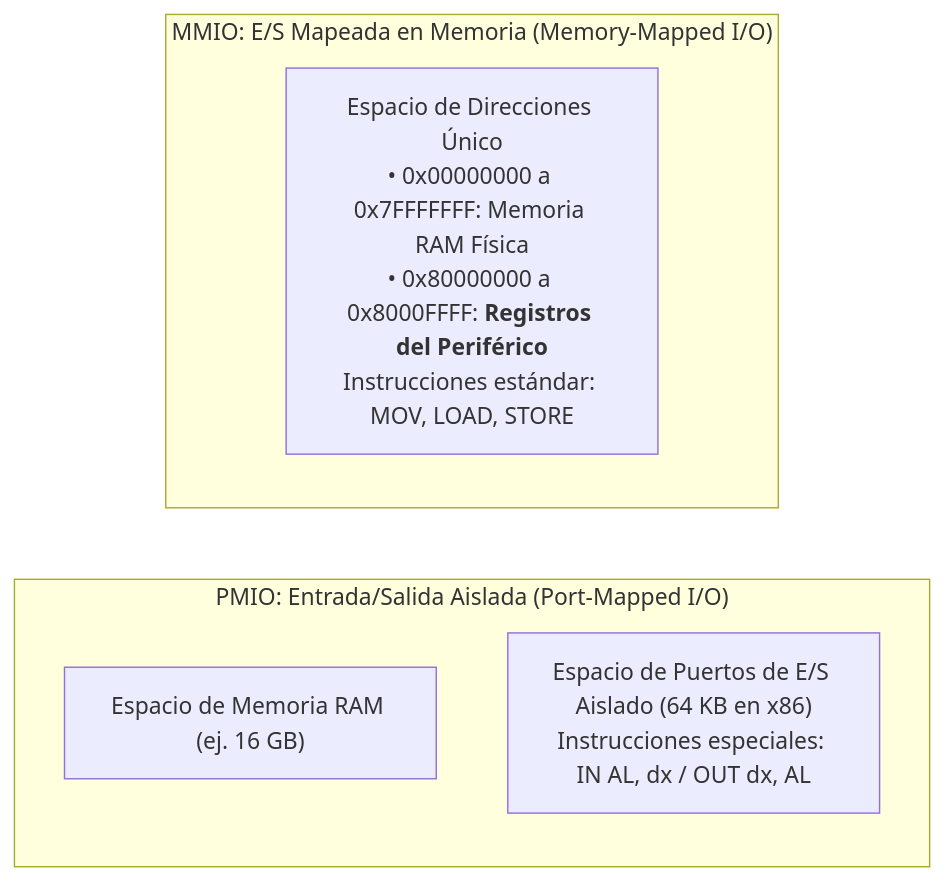
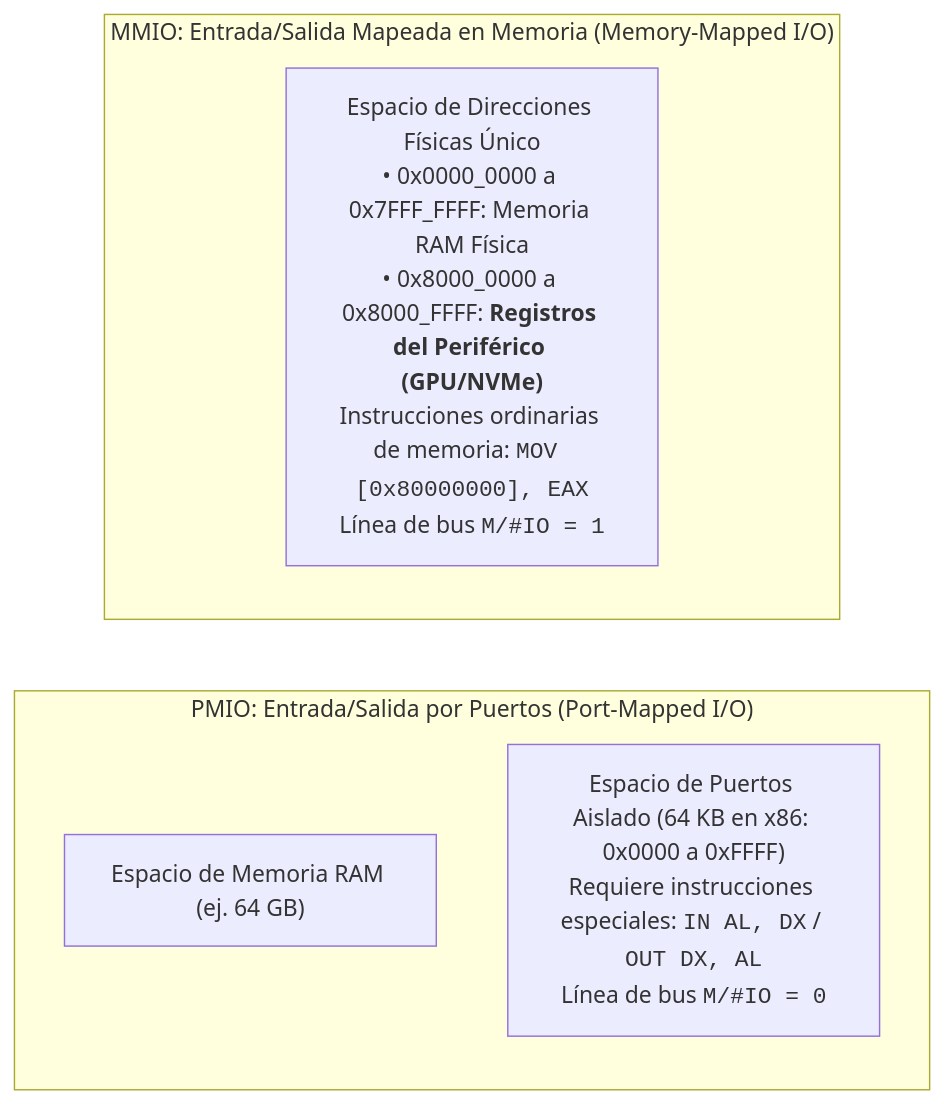
One commit to kalech7/notes changed the seventh of 7 diagrams in Obsidian/pregrado/Documentos/Arquitectura de computadores/Buses, Interconexion y Comunicacion de Entrada-Salida (DMA e Interrupciones).md. Above: the diagram before and after it, drawn with Mermaid. The commit also changed other lines of this file and 7 other files, not shown here.

Commit message:
docs(arquitectura): auditoria pedagogica y tecnica completada con subagentes en microarquitectura, memoria, mmu, buses y gpu

````diff
--- a/Obsidian/pregrado/Documentos/Arquitectura de computadores/Buses, Interconexion y Comunicacion de Entrada-Salida (DMA e Interrupciones).md
+++ b/Obsidian/pregrado/Documentos/Arquitectura de computadores/Buses, Interconexion y Comunicacion de Entrada-Salida (DMA e Interrupciones).md
@@ -248,13 +334,13 @@
 ```mermaid
 flowchart LR
-    subgraph PMIO_Box ["PMIO: Entrada/Salida Aislada (Port-Mapped I/O)"]
+    subgraph PMIO_Box ["PMIO: Entrada/Salida por Puertos (Port-Mapped I/O)"]
         direction TB
-        SpaceMem1["Espacio de Memoria RAM (ej. 16 GB)"]
-        SpaceIO["Espacio de Puertos de E/S Aislado (64 KB en x86)<br>Instrucciones especiales: IN AL, dx / OUT dx, AL"]
+        SpaceMem1["Espacio de Memoria RAM (ej. 64 GB)"]
+        SpaceIO["Espacio de Puertos Aislado (64 KB en x86: 0x0000 a 0xFFFF)<br>Requiere instrucciones especiales: <code>IN AL, DX</code> / <code>OUT DX, AL</code><br>Línea de bus <code>M/#IO = 0</code>"]
     end
 
-    subgraph MMIO_Box ["MMIO: E/S Mapeada en Memoria (Memory-Mapped I/O)"]
+    subgraph MMIO_Box ["MMIO: Entrada/Salida Mapeada en Memoria (Memory-Mapped I/O)"]
         direction TB
-        SpaceUnified["Espacio de Direcciones Único<br>• 0x00000000 a 0x7FFFFFFF: Memoria RAM Física<br>• 0x80000000 a 0x8000FFFF: <b>Registros del Periférico</b><br>Instrucciones estándar: MOV, LOAD, STORE"]
+        SpaceUnified["Espacio de Direcciones Físicas Único<br>• 0x0000_0000 a 0x7FFF_FFFF: Memoria RAM Física<br>• 0x8000_0000 a 0x8000_FFFF: <b>Registros del Periférico (GPU/NVMe)</b><br>Instrucciones ordinarias de memoria: <code>MOV [0x80000000], EAX</code><br>Línea de bus <code>M/#IO = 1</code>"]
     end
 ```
````
